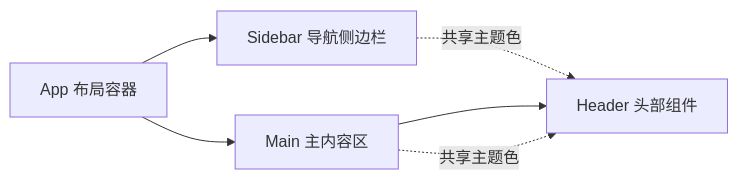
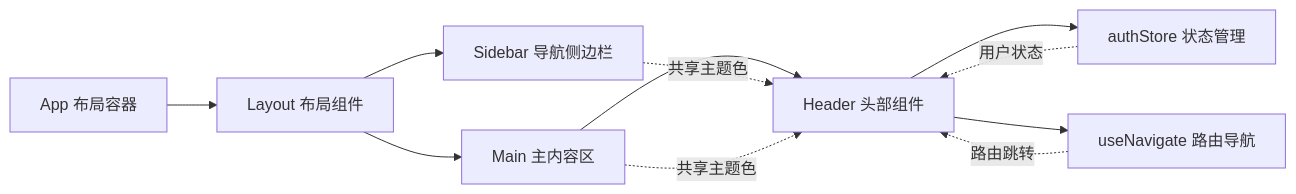
One commit to xianjianshenqu/SalesFlow-CRM changed the fifth of 7 diagrams in .qoder/repowiki/zh/content/核心组件/头部组件 (Header).md. Above: the diagram before and after it, drawn with Mermaid. The commit also changed other lines of this file and 17 other files, not shown here.

````diff
--- a/.qoder/repowiki/zh/content/核心组件/头部组件 (Header).md
+++ b/.qoder/repowiki/zh/content/核心组件/头部组件 (Header).md
@@ -159,8 +189,13 @@
 ```mermaid
 graph LR
-APP["App 布局容器"] --> SB["Sidebar 导航侧边栏"]
-APP --> MR["Main 主内容区"]
+APP["App 布局容器"] --> LYT["Layout 布局组件"]
+LYT --> SB["Sidebar 导航侧边栏"]
+LYT --> MR["Main 主内容区"]
 MR --> HD["Header 头部组件"]
+HD --> AS["authStore 状态管理"]
+HD --> NAV["useNavigate 路由导航"]
 SB -.->|"共享主题色"| HD
 MR -.->|"共享主题色"| HD
+AS -.->|"用户状态"| HD
+NAV -.->|"路由跳转"| HD
 ```
````
